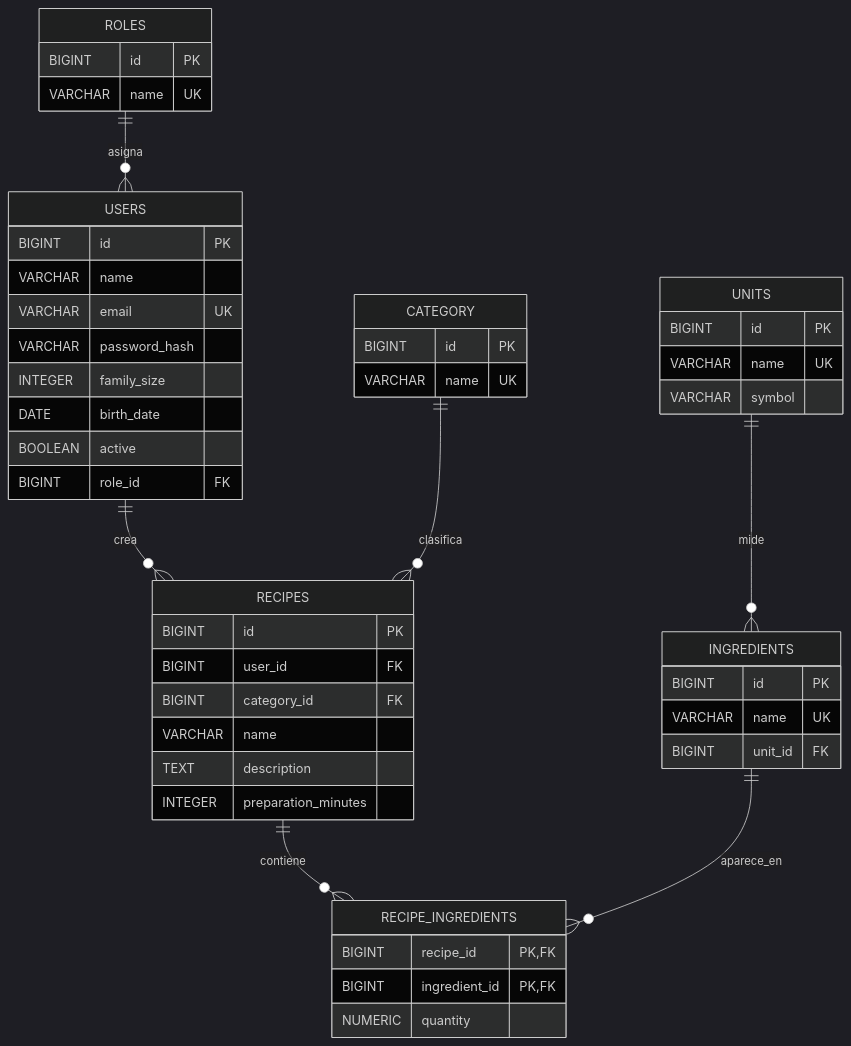
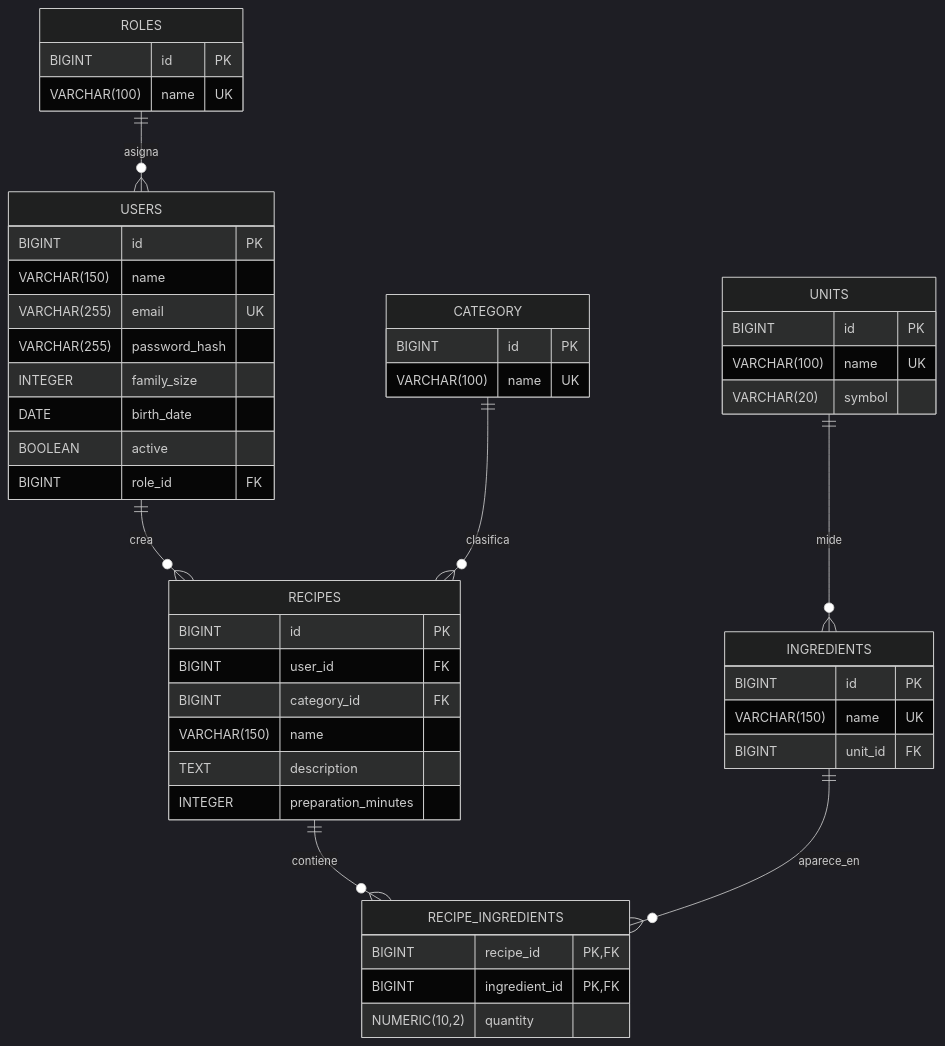
One commit to MabelZar/daw-proyecto-cook-list changed the diagram in docs/der.md. Above: the diagram before and after it, drawn with Mermaid (dark theme). The commit also changed 12 other files, not shown here.

````diff
--- a/docs/der.md
+++ b/docs/der.md
@@ -11,57 +11,57 @@
 ```mermaid
 erDiagram
     ROLES ||--o{ USERS : asigna
     USERS ||--o{ RECIPES : crea
     CATEGORY ||--o{ RECIPES : clasifica
     UNITS ||--o{ INGREDIENTS : mide
     RECIPES ||--o{ RECIPE_INGREDIENTS : contiene
     INGREDIENTS ||--o{ RECIPE_INGREDIENTS : aparece_en
 
-    ROLES {
+      ROLES {
         BIGINT id PK
-        VARCHAR name UK
+        VARCHAR(100) name UK
     }
 
     USERS {
         BIGINT id PK
-        VARCHAR name
-        VARCHAR email UK
-        VARCHAR password_hash
+        VARCHAR(150) name
+        VARCHAR(255) email UK
+        VARCHAR(255) password_hash
         INTEGER family_size
         DATE birth_date
         BOOLEAN active
         BIGINT role_id FK
     }
 
     CATEGORY {
         BIGINT id PK
-        VARCHAR name UK
+        VARCHAR(100) name UK
     }
 
     UNITS {
         BIGINT id PK
-        VARCHAR name UK
-        VARCHAR symbol
+        VARCHAR(100) name UK
+        VARCHAR(20) symbol
     }
 
     INGREDIENTS {
         BIGINT id PK
-        VARCHAR name UK
+        VARCHAR(150) name UK
         BIGINT unit_id FK
     }
 
     RECIPES {
         BIGINT id PK
         BIGINT user_id FK
         BIGINT category_id FK
-        VARCHAR name
+        VARCHAR(150) name
         TEXT description
         INTEGER preparation_minutes
     }
 
     RECIPE_INGREDIENTS {
         BIGINT recipe_id PK, FK
         BIGINT ingredient_id PK, FK
-        NUMERIC quantity
+        NUMERIC(10,2) quantity
     }
 ```
````
